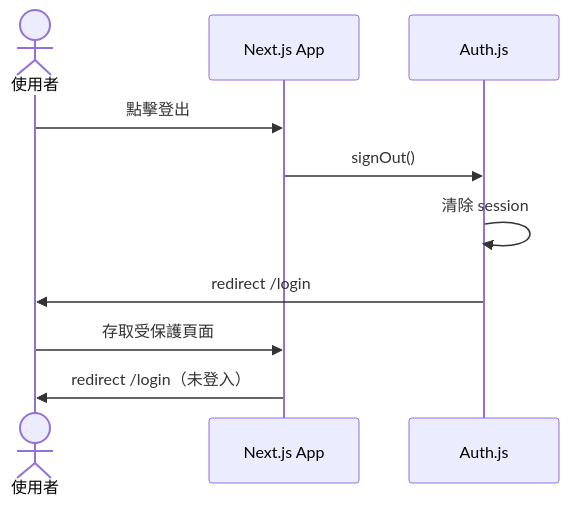
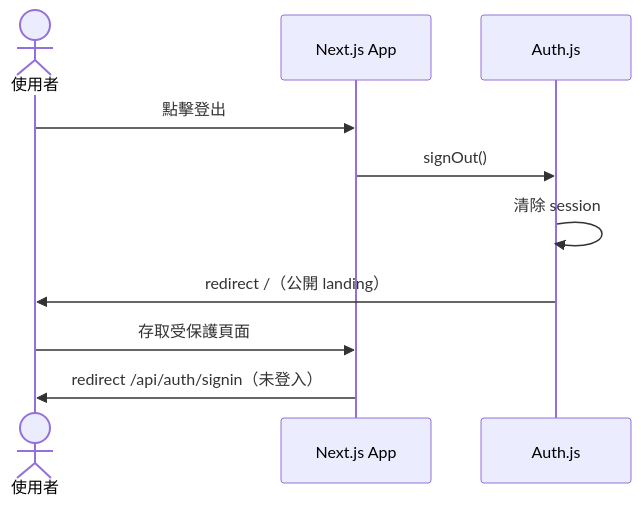
Before and after one commit to thementorship-tw/thementorship-exchange-app: the second of 2 diagrams in docs/auth/01-overview.md, drawn with Mermaid. The commit also changed other lines of this file and 1 other file, not shown here.

````diff
--- a/docs/auth/01-overview.md
+++ b/docs/auth/01-overview.md
@@ -177,13 +176,13 @@
 ```mermaid
 sequenceDiagram
     actor User as 使用者
     participant App as Next.js App
     participant Auth as Auth.js
 
     User->>App: 點擊登出
     App->>Auth: signOut()
     Auth->>Auth: 清除 session
-    Auth->>User: redirect /login
+    Auth->>User: redirect /（公開 landing）
     User->>App: 存取受保護頁面
-    App->>User: redirect /login（未登入）
+    App->>User: redirect /api/auth/signin（未登入）
 ```
````
